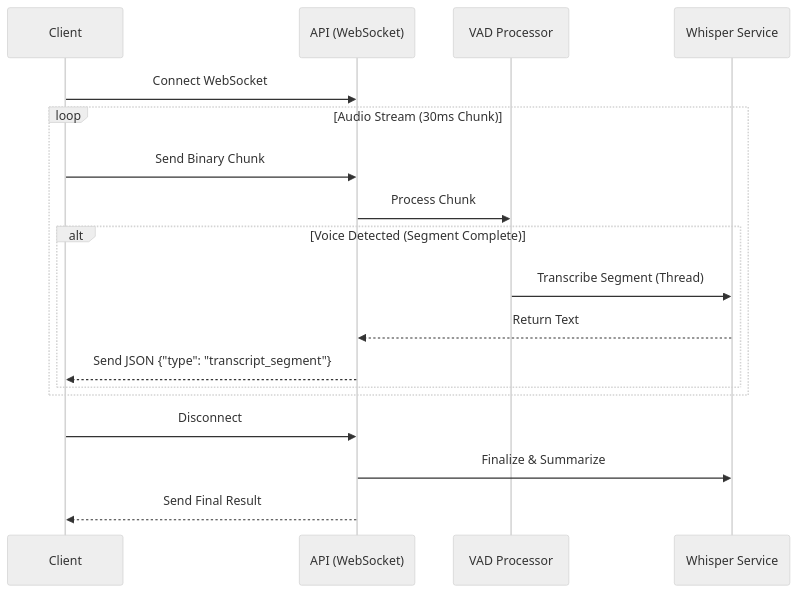
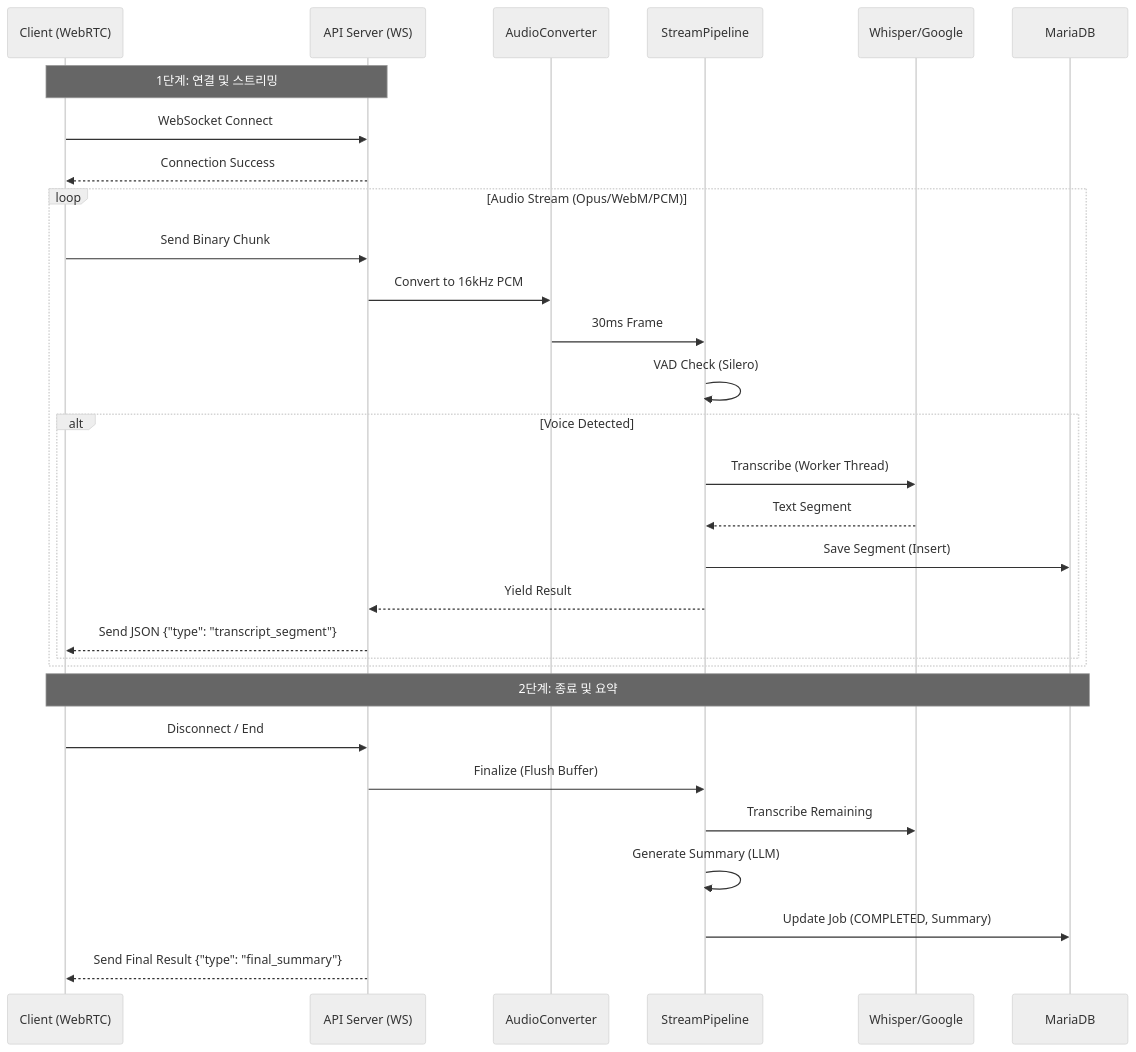
Before and after one commit to 06171002/curemate_api: the second of 2 diagrams in README.md, drawn with Mermaid (neutral theme). The commit also changed other lines of this file, not shown here.

````diff
--- a/README.md
+++ b/README.md
@@ -156,24 +178,38 @@
 ```mermaid
 sequenceDiagram
-    participant C as Client
-    participant API as API (WebSocket)
-    participant VAD as VAD Processor
-    participant STT as Whisper Service
+    participant C as Client (WebRTC)
+    participant API as API Server (WS)
+    participant AC as AudioConverter
+    participant P as StreamPipeline
+    participant STT as Whisper/Google
+    participant DB as MariaDB
 
-    C->>API: Connect WebSocket
-    
-    loop Audio Stream (30ms Chunk)
+    Note over C, API: 1단계: 연결 및 스트리밍
+    C->>API: WebSocket Connect
+    API-->>C: Connection Success
+
+    loop Audio Stream (Opus/WebM/PCM)
         C->>API: Send Binary Chunk
-        API->>VAD: Process Chunk
+        API->>AC: Convert to 16kHz PCM
+        AC->>P: 30ms Frame
         
-        alt Voice Detected (Segment Complete)
-            VAD->>STT: Transcribe Segment (Thread)
-            STT-->>API: Return Text
+        P->>P: VAD Check (Silero)
+        
+        alt Voice Detected
+            P->>STT: Transcribe (Worker Thread)
+            STT-->>P: Text Segment
+            P->>DB: Save Segment (Insert)
+            P-->>API: Yield Result
             API-->>C: Send JSON {"type": "transcript_segment"}
         end
     end
 
-    C->>API: Disconnect
-    API->>STT: Finalize & Summarize
-    API-->>C: Send Final Result
+    Note over C, DB: 2단계: 종료 및 요약
+    C->>API: Disconnect / End
+    API->>P: Finalize (Flush Buffer)
+    P->>STT: Transcribe Remaining
+    
+    P->>P: Generate Summary (LLM)
+    P->>DB: Update Job (COMPLETED, Summary)
+    API-->>C: Send Final Result {"type": "final_summary"}
 ```
````
